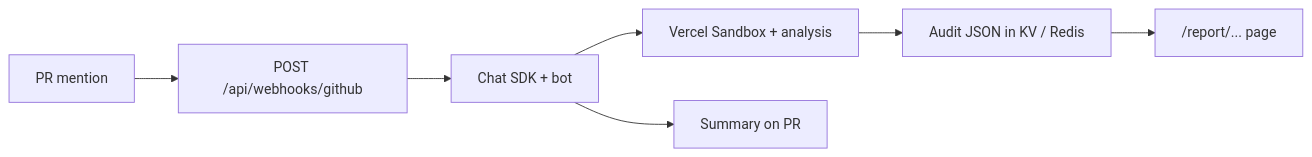
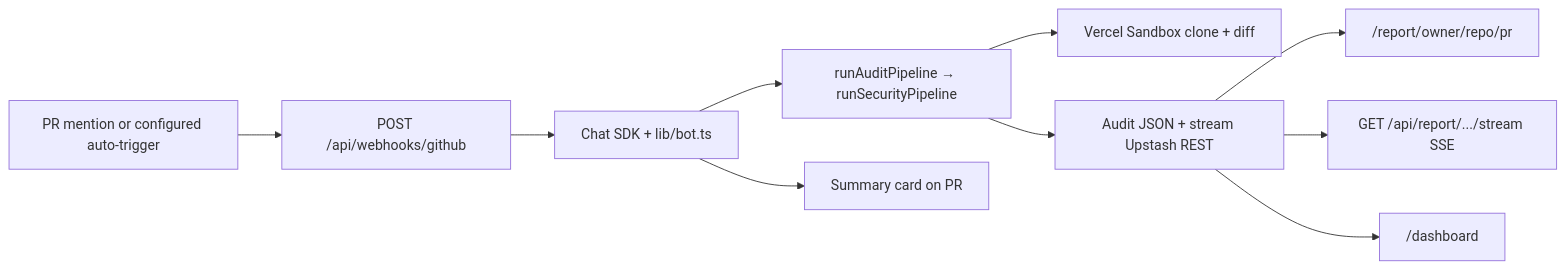
One commit to Julian-AT/clawguard changed the first of 3 diagrams in README.md. Above: the diagram before and after it, drawn with Mermaid. The commit also changed other lines of this file and 29 other files, not shown here.

First line of the commit message:
docs: overhaul README with architecture and hackathon context

````diff
--- a/README.md
+++ b/README.md
@@ -13,9 +82,21 @@
 ```mermaid
 flowchart LR
-  mention["PR mention"] --> webhook["POST /api/webhooks/github"]
-  webhook --> bot["Chat SDK + bot"]
-  bot --> sandbox["Vercel Sandbox + analysis"]
-  sandbox --> kv["Audit JSON in KV / Redis"]
-  bot --> thread["Summary on PR"]
-  kv --> page["/report/... page"]
+  trigger["PR mention or configured auto-trigger"]
+  webhook["POST /api/webhooks/github"]
+  bot["Chat SDK + lib/bot.ts"]
+  pipeline["runAuditPipeline → runSecurityPipeline"]
+  sandbox["Vercel Sandbox clone + diff"]
+  kv["Audit JSON + stream Upstash REST"]
+  thread["Summary card on PR"]
+  page["/report/owner/repo/pr"]
+  sse["GET /api/report/.../stream SSE"]
+  dash["/dashboard"]
+
+  trigger --> webhook --> bot --> pipeline
+  pipeline --> sandbox
+  pipeline --> kv
+  bot --> thread
+  kv --> page
+  kv --> sse
+  kv --> dash
 ```
````
